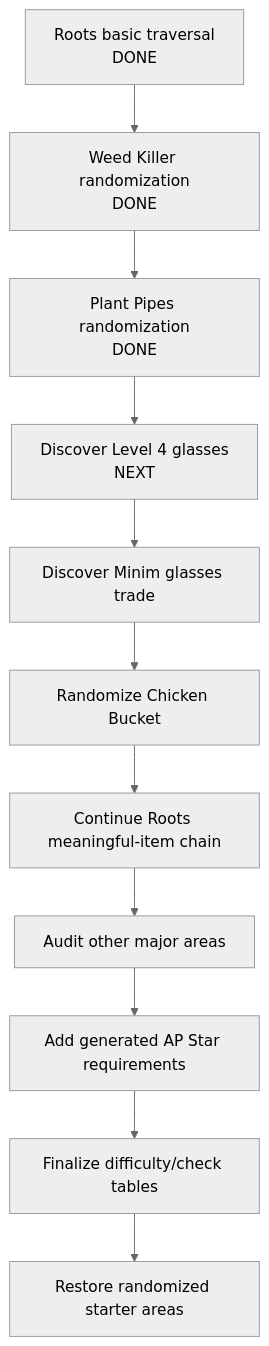
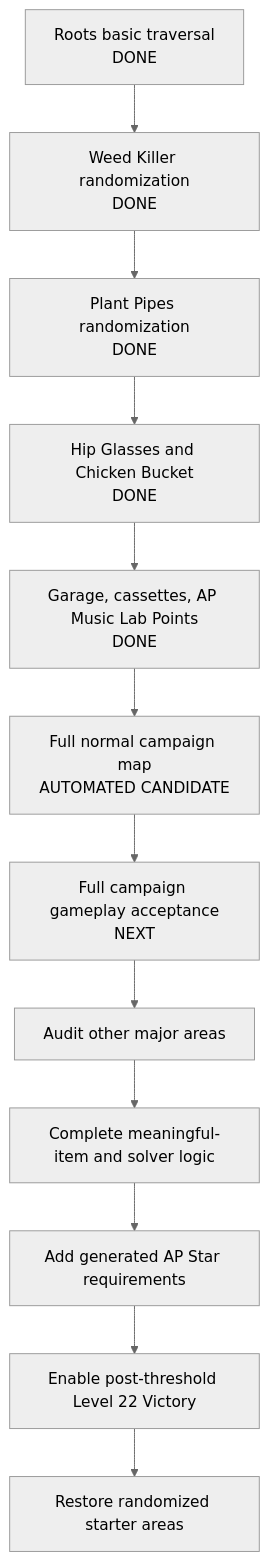
Before and after one commit to Akamarus/Super-Crazy-Rhythm-Castle-Archipelago: the fourth of 4 diagrams in docs/PROJECT_OVERVIEW.md, drawn with Mermaid (neutral theme). The commit also changed other lines of this file and 6 other files, not shown here.

````diff
--- a/docs/PROJECT_OVERVIEW.md
+++ b/docs/PROJECT_OVERVIEW.md
@@ -619,17 +614,18 @@
 ```mermaid
 flowchart TD
     DONE1[Roots basic traversal\nDONE]
     DONE2[Weed Killer randomization\nDONE]
     DONE3[Plant Pipes randomization\nDONE]
-    L4[Discover Level 4 glasses\nNEXT]
-    TRADE[Discover Minim glasses trade]
-    BUCKET[Randomize Chicken Bucket]
-    ROOTSREST[Continue Roots meaningful-item chain]
+    DONE4[Hip Glasses and Chicken Bucket\nDONE]
+    DONE5[Garage, cassettes, AP Music Lab Points\nDONE]
+    DONE6[Full normal campaign map\nAUTOMATED CANDIDATE]
+    ACCEPT[Full campaign gameplay acceptance\nNEXT]
     OTHER[Audit other major areas]
     STARS[Add generated AP Star requirements]
-    DIFF[Finalize difficulty/check tables]
+    LOGIC[Complete meaningful-item and solver logic]
+    VICTORY[Enable post-threshold Level 22 Victory]
     STARTERS[Restore randomized starter areas]
 
-    DONE1 --> DONE2 --> DONE3 --> L4 --> TRADE --> BUCKET --> ROOTSREST
-    ROOTSREST --> OTHER --> STARS --> DIFF --> STARTERS
+    DONE1 --> DONE2 --> DONE3 --> DONE4 --> DONE5 --> DONE6 --> ACCEPT
+    ACCEPT --> OTHER --> LOGIC --> STARS --> VICTORY --> STARTERS
 ```
````
